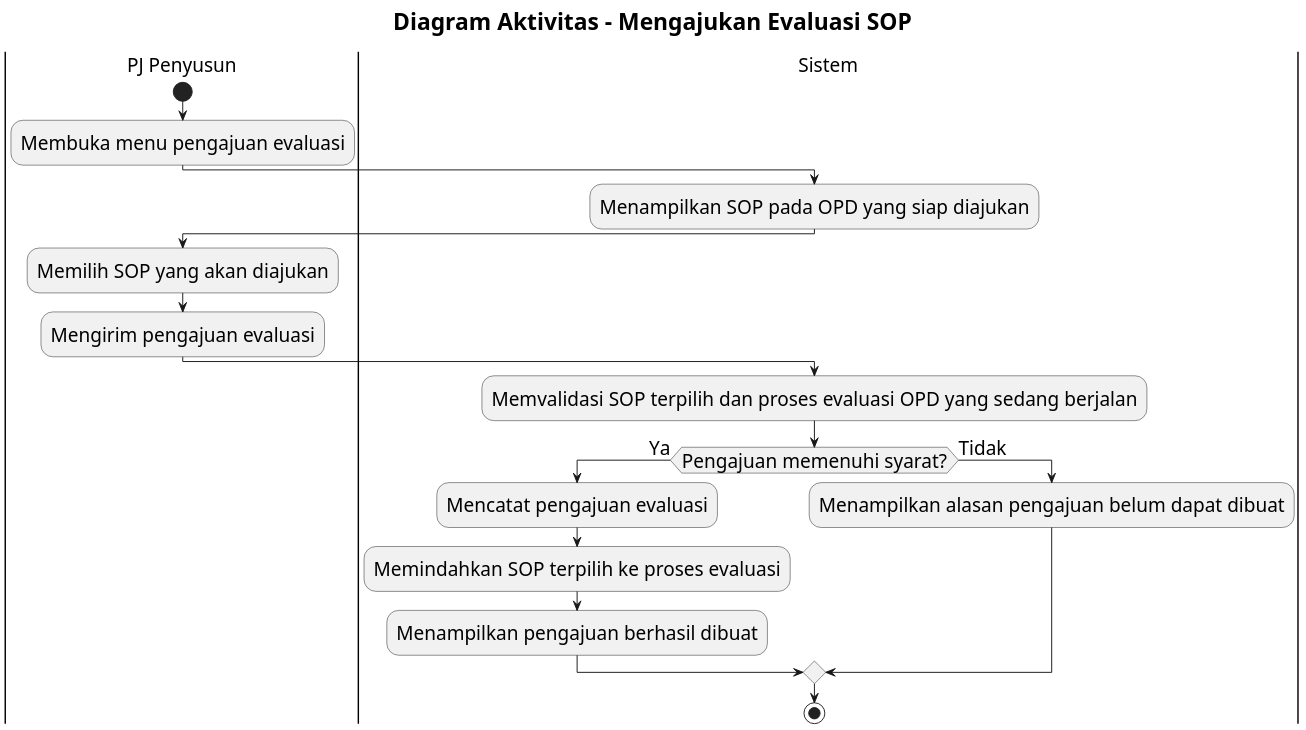
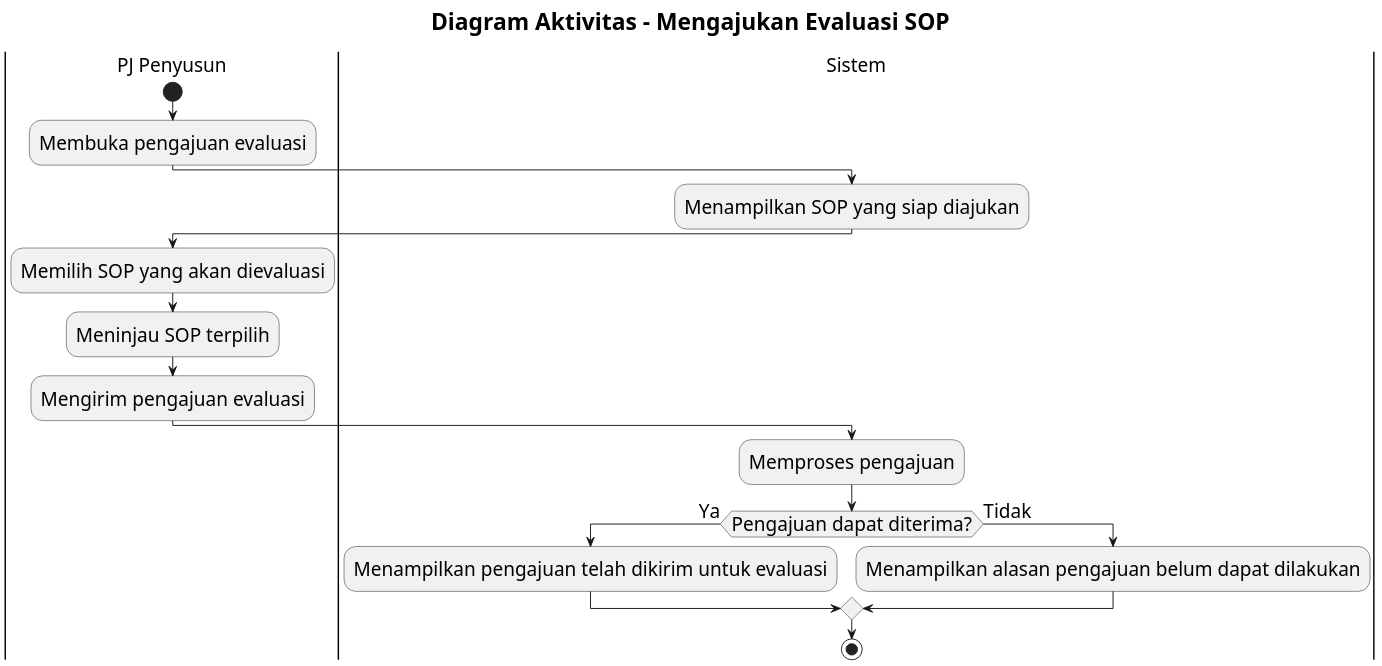
Before and after one commit to howlil/sop-generate-app: the diagram in docs/activity-diagram/pj-penyusun-mengajukan-evaluasi-sop.md, drawn with PlantUML. The commit also changed other lines of this file and 20 other files, not shown here.

Commit message:
docs(activity): simplify flows to business-level design

````diff
--- a/docs/activity-diagram/pj-penyusun-mengajukan-evaluasi-sop.md
+++ b/docs/activity-diagram/pj-penyusun-mengajukan-evaluasi-sop.md
@@ -16,34 +16,33 @@
 ```plantuml
 @startuml
 skinparam defaultFontSize 20
 skinparam titleFontSize 24
 skinparam dpi 160
 
 title Diagram Aktivitas - Mengajukan Evaluasi SOP
 
 |PJ Penyusun|
 start
-:Membuka menu pengajuan evaluasi;
+:Membuka pengajuan evaluasi;
 
 |Sistem|
-:Menampilkan SOP pada OPD yang siap diajukan;
+:Menampilkan SOP yang siap diajukan;
 
 |PJ Penyusun|
-:Memilih SOP yang akan diajukan;
+:Memilih SOP yang akan dievaluasi;
+:Meninjau SOP terpilih;
 :Mengirim pengajuan evaluasi;
 
 |Sistem|
-:Memvalidasi SOP terpilih dan proses evaluasi OPD yang sedang berjalan;
+:Memproses pengajuan;
 
-if (Pengajuan memenuhi syarat?) then (Ya)
-  :Mencatat pengajuan evaluasi;
-  :Memindahkan SOP terpilih ke proses evaluasi;
-  :Menampilkan pengajuan berhasil dibuat;
+if (Pengajuan dapat diterima?) then (Ya)
+  :Menampilkan pengajuan telah dikirim untuk evaluasi;
 else (Tidak)
-  :Menampilkan alasan pengajuan belum dapat dibuat;
+  :Menampilkan alasan pengajuan belum dapat dilakukan;
 endif
 
 stop
 
 @enduml
 ```
````
